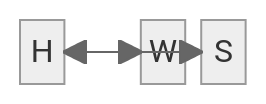
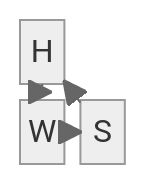
The diagram in README.md (cmcntsh/StatBayesAnalysisChecklist), drawn with Mermaid (neutral theme) before and after one commit.

Commit message:
Fix mermaid diagram syntax in README.md

````diff
--- a/README.md
+++ b/README.md
@@ -7,9 +7,10 @@
 ```mermaid
 block
+columns 2
     H space W
     H-->W
     S-->H
     S-->W
     
 
 ```
````
